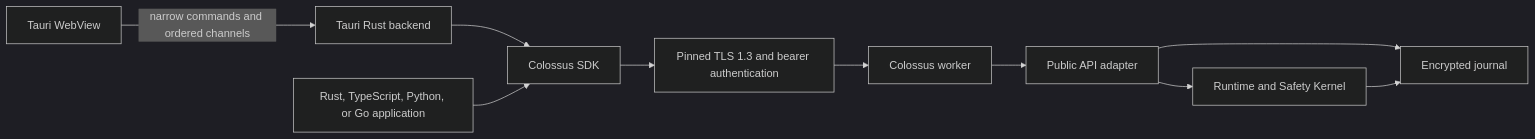
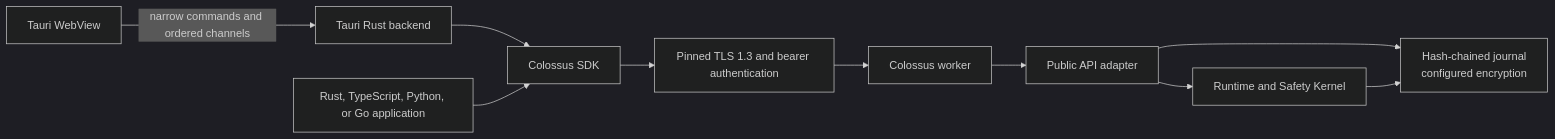
Before and after one commit to obscuritylabs/Colossus: the diagram in docs/develop/application-sdk.md, drawn with Mermaid (dark theme). The commit also changed other lines of this file and 156 other files, not shown here.

````diff
--- a/docs/develop/application-sdk.md
+++ b/docs/develop/application-sdk.md
@@ -17,22 +17,22 @@
 ```mermaid
 flowchart LR
     Web["Tauri WebView"]
     Native["Tauri Rust backend"]
     Other["Rust, TypeScript, Python, or Go application"]
     SDK["Colossus SDK"]
     TLS["Pinned TLS 1.3 and bearer authentication"]
     Worker["Colossus worker"]
     Public["Public API adapter"]
     Runtime["Runtime and Safety Kernel"]
-    Journal["Encrypted journal"]
+    Journal["Hash-chained journal<br/>configured encryption"]
 
     Web -->|"narrow commands and ordered channels"| Native
     Native --> SDK
     Other --> SDK
     SDK --> TLS
     TLS --> Worker
     Worker --> Public
     Public --> Runtime
     Public --> Journal
     Runtime --> Journal
 ```
````
